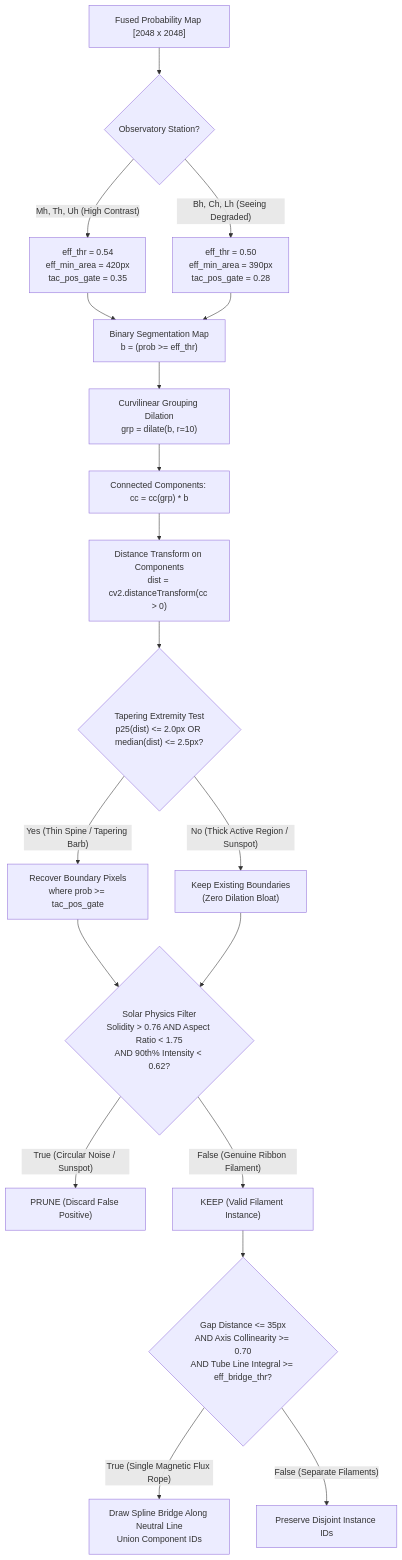
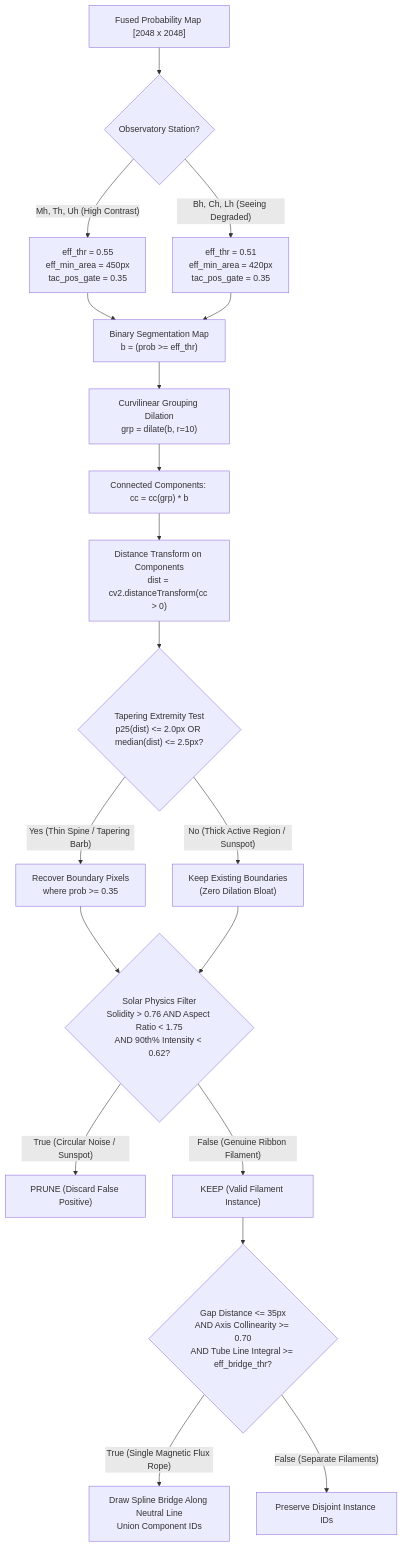
One commit to driv1sion/solar-filament changed the second of 2 diagrams in PRESENTATION_AND_ARCHITECTURE_GUIDE.md. Above: the diagram before and after it, drawn with Mermaid. The commit also changed other lines of this file and 7 other files, not shown here.

````diff
--- a/PRESENTATION_AND_ARCHITECTURE_GUIDE.md
+++ b/PRESENTATION_AND_ARCHITECTURE_GUIDE.md
@@ -316,23 +320,23 @@
 ```mermaid
 flowchart TD
     Prob["Fused Probability Map [2048 x 2048]"] --> StCheck{"Observatory Station?"}
-    StCheck -- "Mh, Th, Uh (High Contrast)" --> T1["eff_thr = 0.54<br/>eff_min_area = 420px<br/>tac_pos_gate = 0.35"]
-    StCheck -- "Bh, Ch, Lh (Seeing Degraded)" --> T2["eff_thr = 0.50<br/>eff_min_area = 390px<br/>tac_pos_gate = 0.28"]
+    StCheck -- "Mh, Th, Uh (High Contrast)" --> T1["eff_thr = 0.55<br/>eff_min_area = 450px<br/>tac_pos_gate = 0.35"]
+    StCheck -- "Bh, Ch, Lh (Seeing Degraded)" --> T2["eff_thr = 0.51<br/>eff_min_area = 420px<br/>tac_pos_gate = 0.35"]
 
     T1 & T2 --> Binarize["Binary Segmentation Map<br/>b = (prob >= eff_thr)"]
     Binarize --> Dilate["Curvilinear Grouping Dilation<br/>grp = dilate(b, r=10)"]
     Dilate --> CC["Connected Components: cc = cc(grp) * b"]
     
     CC --> DistTrans["Distance Transform on Components<br/>dist = cv2.distanceTransform(cc > 0)"]
     DistTrans --> TaperCheck{"Tapering Extremity Test<br/>p25(dist) <= 2.0px OR median(dist) <= 2.5px?"}
-    TaperCheck -- "Yes (Thin Spine / Tapering Barb)" --> Recover["Recover Boundary Pixels<br/>where prob >= tac_pos_gate"]
+    TaperCheck -- "Yes (Thin Spine / Tapering Barb)" --> Recover["Recover Boundary Pixels<br/>where prob >= 0.35"]
     TaperCheck -- "No (Thick Active Region / Sunspot)" --> NoRecover["Keep Existing Boundaries<br/>(Zero Dilation Bloat)"]
     
     Recover & NoRecover --> PhysFilter{"Solar Physics Filter<br/>Solidity > 0.76 AND Aspect Ratio < 1.75<br/>AND 90th% Intensity < 0.62?"}
     PhysFilter -- "True (Circular Noise / Sunspot)" --> Drop["PRUNE (Discard False Positive)"]
     PhysFilter -- "False (Genuine Ribbon Filament)" --> Keep["KEEP (Valid Filament Instance)"]
     
     Keep --> CGB{"Gap Distance <= 35px<br/>AND Axis Collinearity >= 0.70<br/>AND Tube Line Integral >= eff_bridge_thr?"}
     CGB -- "True (Single Magnetic Flux Rope)" --> Bridge["Draw Spline Bridge Along Neutral Line<br/>Union Component IDs"]
     CGB -- "False (Separate Filaments)" --> NoBridge["Preserve Disjoint Instance IDs"]
 ```
````
